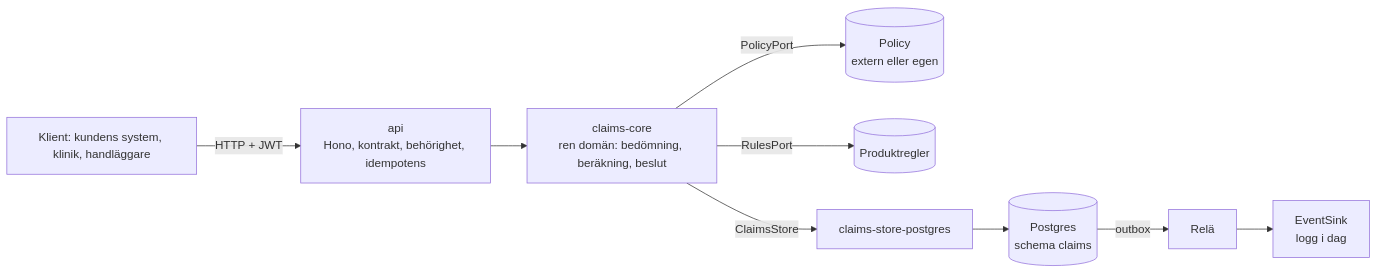
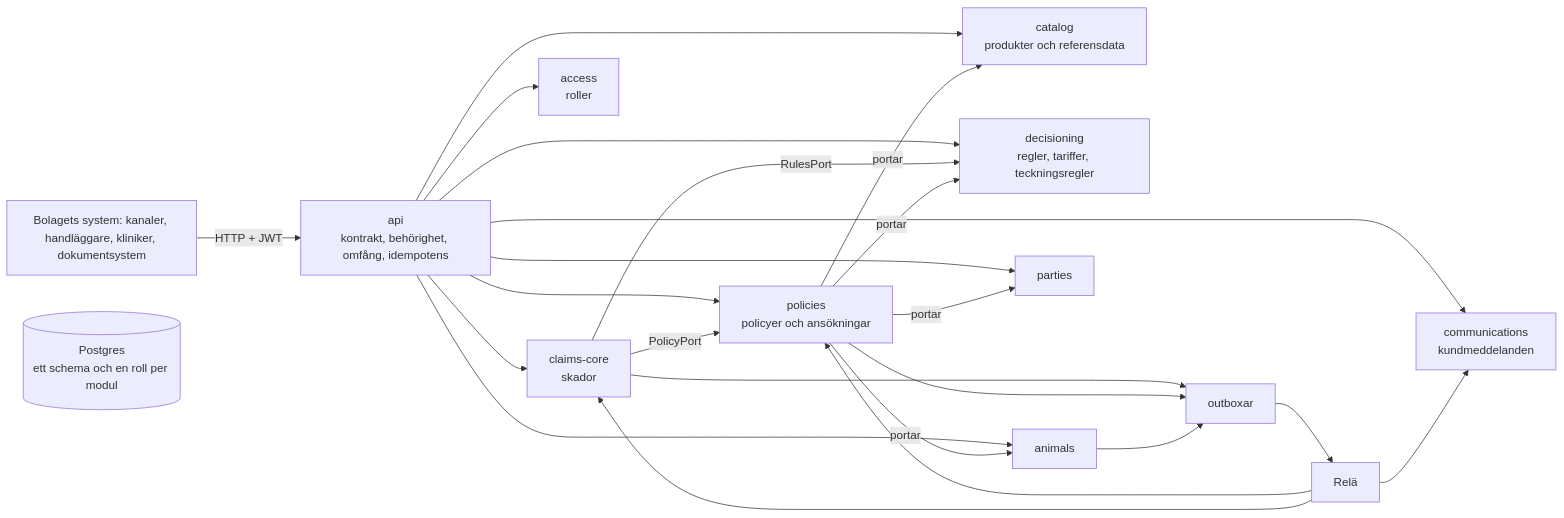
Before and after one commit to AntonAasvold/petvold: the diagram in docs/teknik/arkitektur.md, drawn with Mermaid. The commit also changed other lines of this file and 13 other files, not shown here.

````diff
--- a/docs/teknik/arkitektur.md
+++ b/docs/teknik/arkitektur.md
@@ -9,10 +9,17 @@
 ```mermaid
 flowchart LR
-  client[Klient: kundens system, klinik, handläggare] -->|HTTP + JWT| api[api<br/>Hono, kontrakt, behörighet, idempotens]
-  api --> core[claims-core<br/>ren domän: bedömning, beräkning, beslut]
-  core -->|PolicyPort| policy[(Policy<br/>extern eller egen)]
-  core -->|RulesPort| rules[(Produktregler)]
-  core -->|ClaimsStore| store[claims-store-postgres]
-  store --> db[(Postgres<br/>schema claims)]
-  db -->|outbox| relay[Relä] --> sink[EventSink<br/>logg i dag]
+  client[Bolagets system: kanaler, handläggare, kliniker, dokumentsystem] -->|HTTP + JWT| api[api<br/>kontrakt, behörighet, omfång, idempotens]
+  api --> claims[claims-core<br/>skador]
+  api --> policies[policies<br/>policyer och ansökningar]
+  api --> catalog[catalog<br/>produkter och referensdata]
+  api --> decisioning[decisioning<br/>regler, tariffer, teckningsregler]
+  api --> animals[animals]
+  api --> parties[parties]
+  api --> comms[communications<br/>kundmeddelanden]
+  api --> access[access<br/>roller]
+  claims -->|PolicyPort| policies
+  claims -->|RulesPort| decisioning
+  policies -->|portar| catalog & animals & parties & decisioning
+  db[(Postgres<br/>ett schema och en roll per modul)]
+  claims & policies & animals --> outbox[outboxar] --> relay[Relä] --> policies & comms & claims
 ```
````
